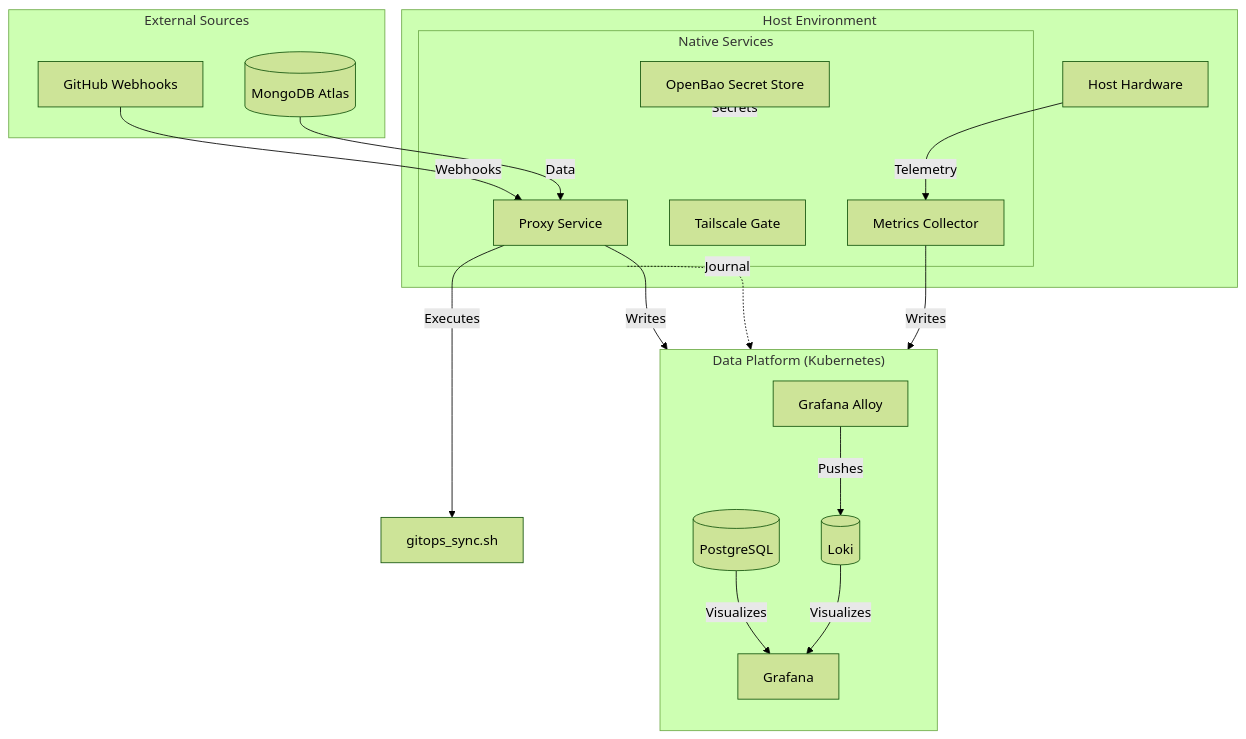
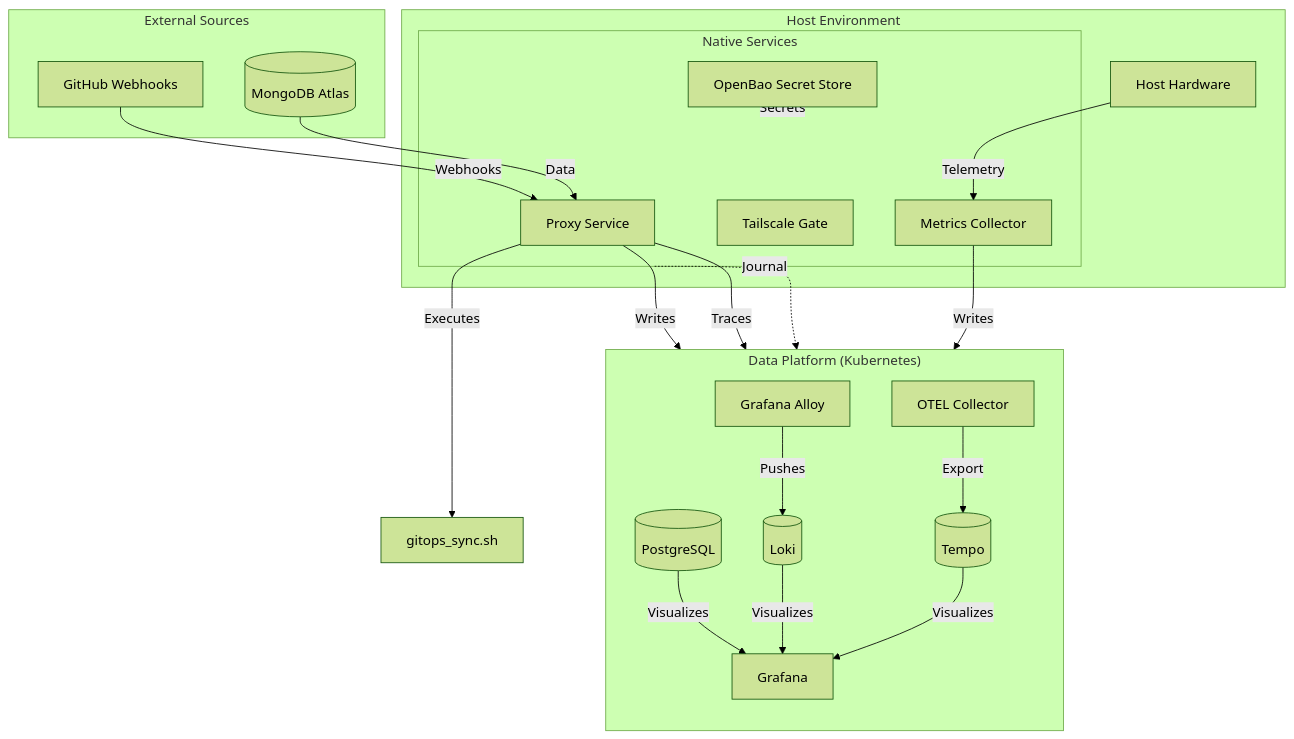
The diagram in docs/architecture/README.md (victoriacheng15/observability-hub), drawn with Mermaid (forest theme) before and after one commit. The commit also changed other lines of this file and 7 other files, not shown here.

````diff
--- a/docs/architecture/README.md
+++ b/docs/architecture/README.md
@@ -9,40 +9,45 @@
 ```mermaid
 graph TD
     subgraph "External Sources"
         GitHub[GitHub Webhooks]
         Mongo[(MongoDB Atlas)]
     end
 
     subgraph HostEnvironment ["Host Environment"]
         Hardware[Host Hardware]
         subgraph HostServices ["Native Services"]
             Proxy[Proxy Service]
             Gate[Tailscale Gate]
             Metrics[Metrics Collector]
             Bao[OpenBao Secret Store]
         end
     end
 
     subgraph DataPlatform ["Data Platform (Kubernetes)"]
         direction TB
         Alloy[Grafana Alloy]
         Loki[(Loki)]
         PG[(PostgreSQL)]
         Grafana[Grafana]
+        OTEL[OTEL Collector]
+        Tempo[(Tempo)]
     end
 
     %% Data Flow
     Bao -.->|Secrets| HostServices
     GitHub -->|Webhooks| Proxy
     Proxy -->|Executes| Sync[gitops_sync.sh]
     Mongo -->|Data| Proxy
     Proxy -->|Writes| PG
+    Proxy -->|Traces| OTEL
+    OTEL -->|Export| Tempo
     Hardware -->|Telemetry| Metrics
     Metrics -->|Writes| PG
 
     %% Logging
     HostServices -.->|Journal| Alloy
     Alloy -->|Pushes| Loki
     PG -->|Visualizes| Grafana
     Loki -->|Visualizes| Grafana
+    Tempo -->|Visualizes| Grafana
 ```
````
